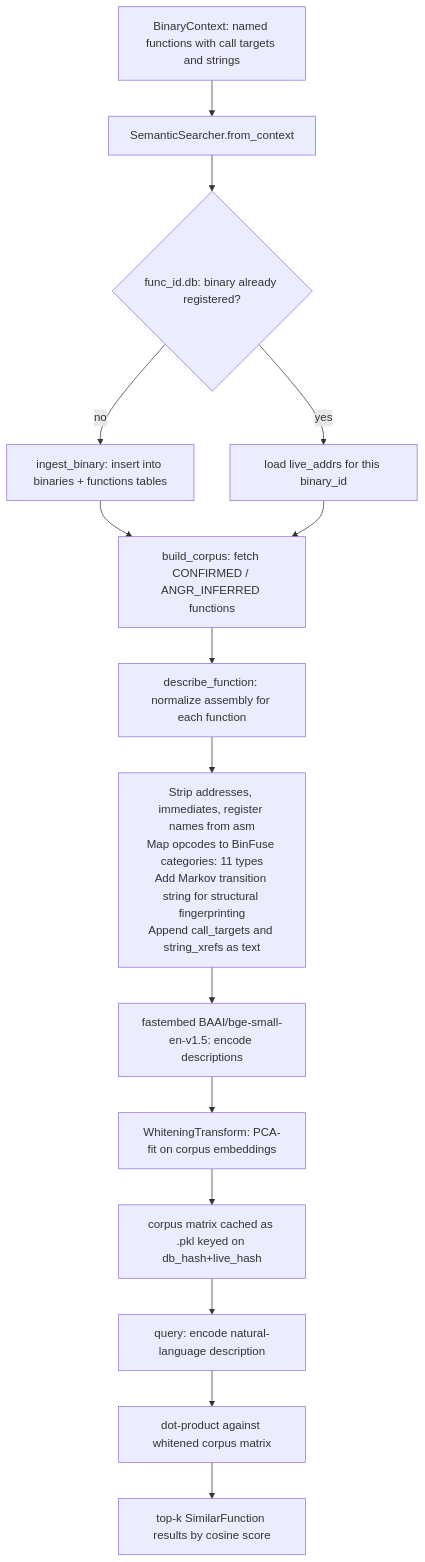
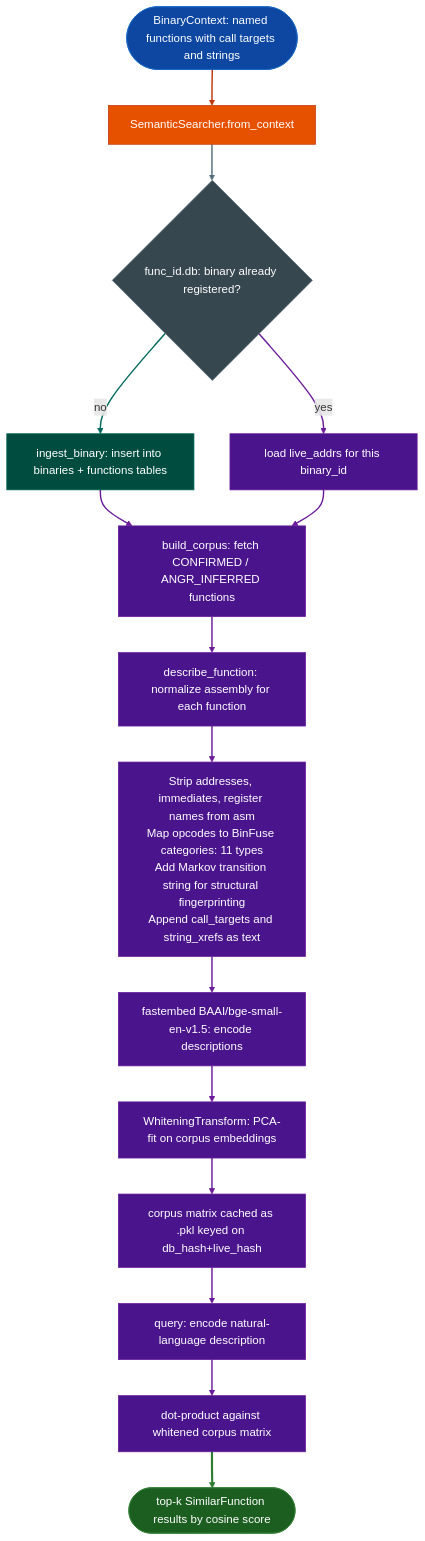
The diagram in docs/reference-modules/semantic-code-search.md (Ablation-Tool/ablation), drawn with Mermaid before and after one commit. The commit also changed 320 other files, not shown here.

First line of the commit message:
docs: apply canonical Mermaid template to all 321 diagrams

````diff
--- a/docs/reference-modules/semantic-code-search.md
+++ b/docs/reference-modules/semantic-code-search.md
@@ -21,17 +21,37 @@
 ```mermaid
 flowchart TD
-    A[BinaryContext: named functions with call targets and strings] --> B[SemanticSearcher.from_context]
-    B --> C{func_id.db: binary already registered?}
-    C -->|no| D[ingest_binary: insert into binaries + functions tables]
-    C -->|yes| E[load live_addrs for this binary_id]
-    D --> F[build_corpus: fetch CONFIRMED / ANGR_INFERRED functions]
-    E --> F
-    F --> G[describe_function: normalize assembly for each function]
-    G --> G1["Strip addresses, immediates, register names from asm\nMap opcodes to BinFuse categories: 11 types\nAdd Markov transition string for structural fingerprinting\nAppend call_targets and string_xrefs as text"]
-    G1 --> H[fastembed BAAI/bge-small-en-v1.5: encode descriptions]
-    H --> I[WhiteningTransform: PCA-fit on corpus embeddings]
-    I --> J[corpus matrix cached as .pkl keyed on db_hash+live_hash]
-    J --> K[query: encode natural-language description]
-    K --> L[dot-product against whitened corpus matrix]
-    L --> M[top-k SimilarFunction results by cosine score]
+    A(["BinaryContext: named functions with call targets and strings"]):::input --> B["SemanticSearcher.from_context"]:::primary
+    B:::primary --> C{"func_id.db: binary already registered?"}:::neutral
+    C:::neutral -->|no| D["ingest_binary: insert into binaries + functions tables"]:::secondary
+    C:::neutral -->|yes| E["load live_addrs for this binary_id"]:::tertiary
+    D:::secondary --> F["build_corpus: fetch CONFIRMED / ANGR_INFERRED functions"]:::tertiary
+    E:::tertiary --> F:::tertiary
+    F:::tertiary --> G["describe_function: normalize assembly for each function"]:::tertiary
+    G:::tertiary --> G1["Strip addresses, immediates, register names from asm\nMap opcodes to BinFuse categories: 11 types\nAdd Markov transition string for structural fingerprinting\nAppend call_targets and string_xrefs as text"]:::tertiary
+    G1:::tertiary --> H["fastembed BAAI/bge-small-en-v1.5: encode descriptions"]:::tertiary
+    H:::tertiary --> I["WhiteningTransform: PCA-fit on corpus embeddings"]:::tertiary
+    I:::tertiary --> J["corpus matrix cached as .pkl keyed on db_hash+live_hash"]:::tertiary
+    J:::tertiary --> K["query: encode natural-language description"]:::tertiary
+    K:::tertiary --> L["dot-product against whitened corpus matrix"]:::tertiary
+    L:::tertiary --> M(["top-k SimilarFunction results by cosine score"]):::output
+    classDef input     fill:#0d47a1,stroke:#1565c0,color:#fff
+    classDef primary   fill:#e65100,stroke:#bf360c,color:#fff
+    classDef secondary fill:#004d40,stroke:#00695c,color:#fff
+    classDef tertiary  fill:#4a148c,stroke:#6a1b9a,color:#fff
+    classDef neutral   fill:#37474f,stroke:#546e7a,color:#fff
+    classDef output    fill:#1b5e20,stroke:#2e7d32,color:#fff
+    linkStyle 0 stroke:#bf360c,stroke-width:2px
+    linkStyle 1 stroke:#546e7a,stroke-width:2px
+    linkStyle 2 stroke:#00695c,stroke-width:2px
+    linkStyle 3 stroke:#6a1b9a,stroke-width:2px
+    linkStyle 4 stroke:#6a1b9a,stroke-width:2px
+    linkStyle 5 stroke:#6a1b9a,stroke-width:2px
+    linkStyle 6 stroke:#6a1b9a,stroke-width:2px
+    linkStyle 7 stroke:#6a1b9a,stroke-width:2px
+    linkStyle 8 stroke:#6a1b9a,stroke-width:2px
+    linkStyle 9 stroke:#6a1b9a,stroke-width:2px
+    linkStyle 10 stroke:#6a1b9a,stroke-width:2px
+    linkStyle 11 stroke:#6a1b9a,stroke-width:2px
+    linkStyle 12 stroke:#6a1b9a,stroke-width:2px
+    linkStyle 13 stroke:#2e7d32,stroke-width:3px
 ```
````
